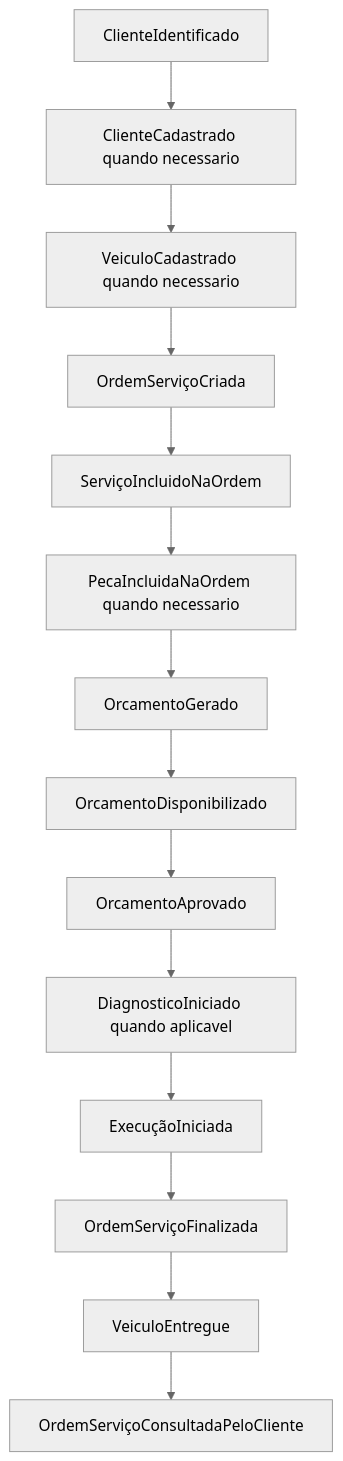
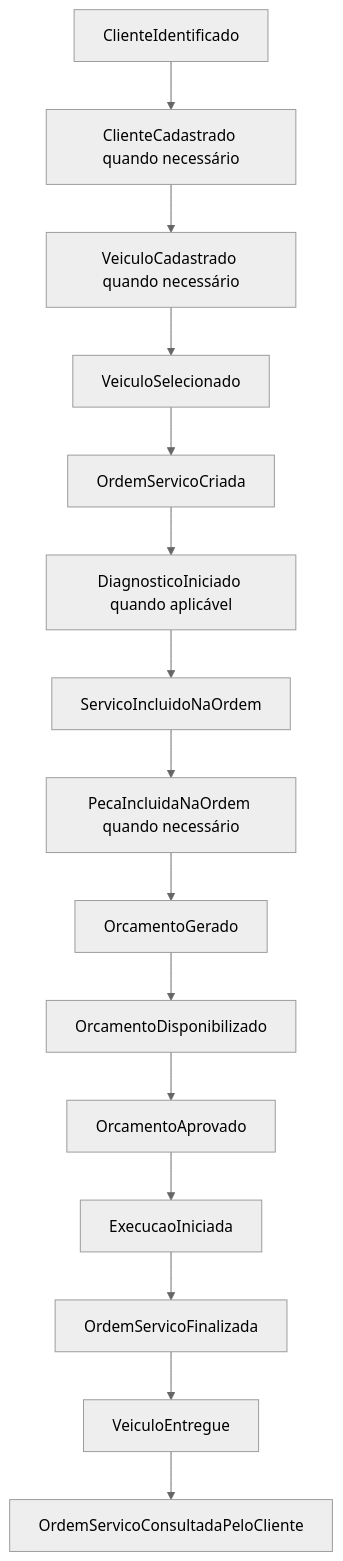
The second of 7 diagrams in docs/EVENT_STORMING.md (yxsbx/SOAT-FIAP), drawn with Mermaid (neutral theme) before and after one commit. The commit also changed other lines of this file and 13 other files, not shown here.

````diff
--- a/docs/EVENT_STORMING.md
+++ b/docs/EVENT_STORMING.md
@@ -340,19 +341,20 @@
 ```mermaid
 flowchart TD
     E1["ClienteIdentificado"]
-    E2["ClienteCadastrado quando necessario"]
-    E3["VeiculoCadastrado quando necessario"]
-    E4["OrdemServiçoCriada"]
-    E5["ServiçoIncluidoNaOrdem"]
-    E6["PecaIncluidaNaOrdem quando necessario"]
-    E7["OrcamentoGerado"]
-    E8["OrcamentoDisponibilizado"]
-    E9["OrcamentoAprovado"]
-    E10["DiagnosticoIniciado quando aplicavel"]
-    E11["ExecuçãoIniciada"]
-    E12["OrdemServiçoFinalizada"]
-    E13["VeiculoEntregue"]
-    E14["OrdemServiçoConsultadaPeloCliente"]
+    E2["ClienteCadastrado quando necessário"]
+    E3["VeiculoCadastrado quando necessário"]
+    E4["VeiculoSelecionado"]
+    E5["OrdemServicoCriada"]
+    E6["DiagnosticoIniciado quando aplicável"]
+    E7["ServicoIncluidoNaOrdem"]
+    E8["PecaIncluidaNaOrdem quando necessário"]
+    E9["OrcamentoGerado"]
+    E10["OrcamentoDisponibilizado"]
+    E11["OrcamentoAprovado"]
+    E12["ExecucaoIniciada"]
+    E13["OrdemServicoFinalizada"]
+    E14["VeiculoEntregue"]
+    E15["OrdemServicoConsultadaPeloCliente"]
 
-    E1 --> E2 --> E3 --> E4 --> E5 --> E6 --> E7 --> E8 --> E9 --> E10 --> E11 --> E12 --> E13 --> E14
+    E1 --> E2 --> E3 --> E4 --> E5 --> E6 --> E7 --> E8 --> E9 --> E10 --> E11 --> E12 --> E13 --> E14 --> E15
 ```
````
